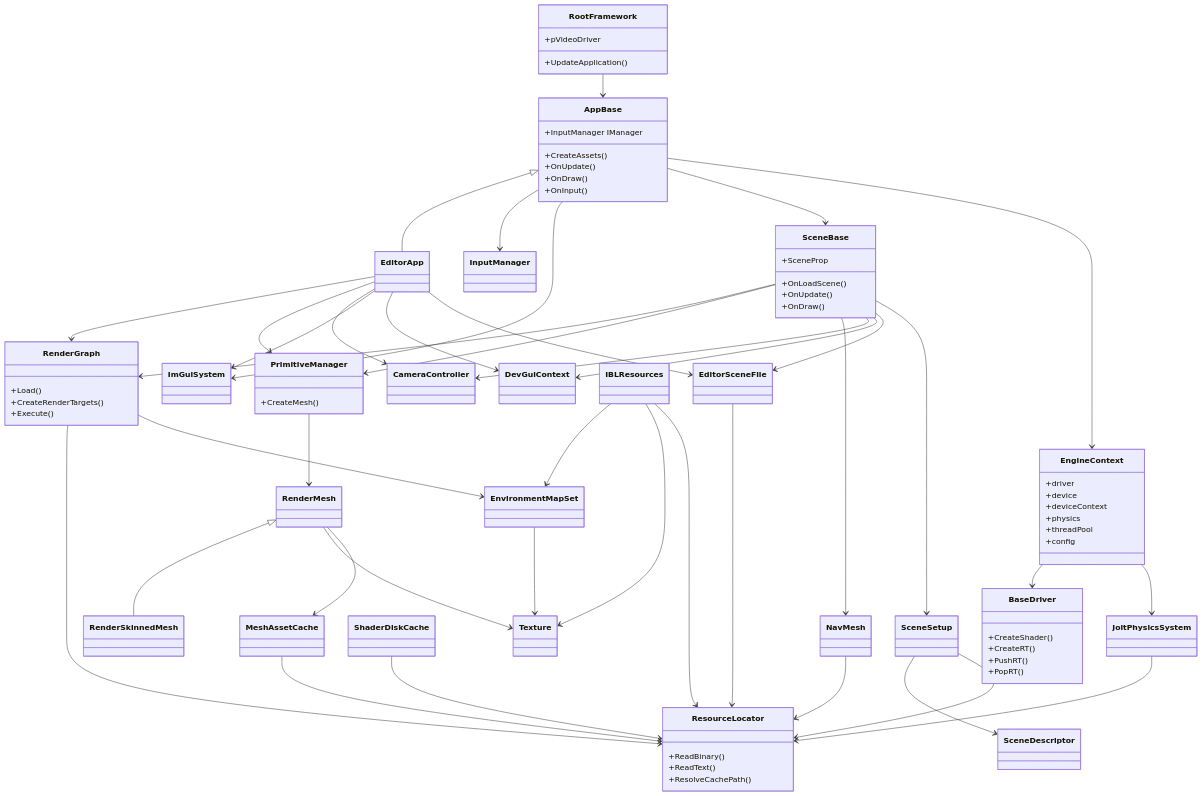
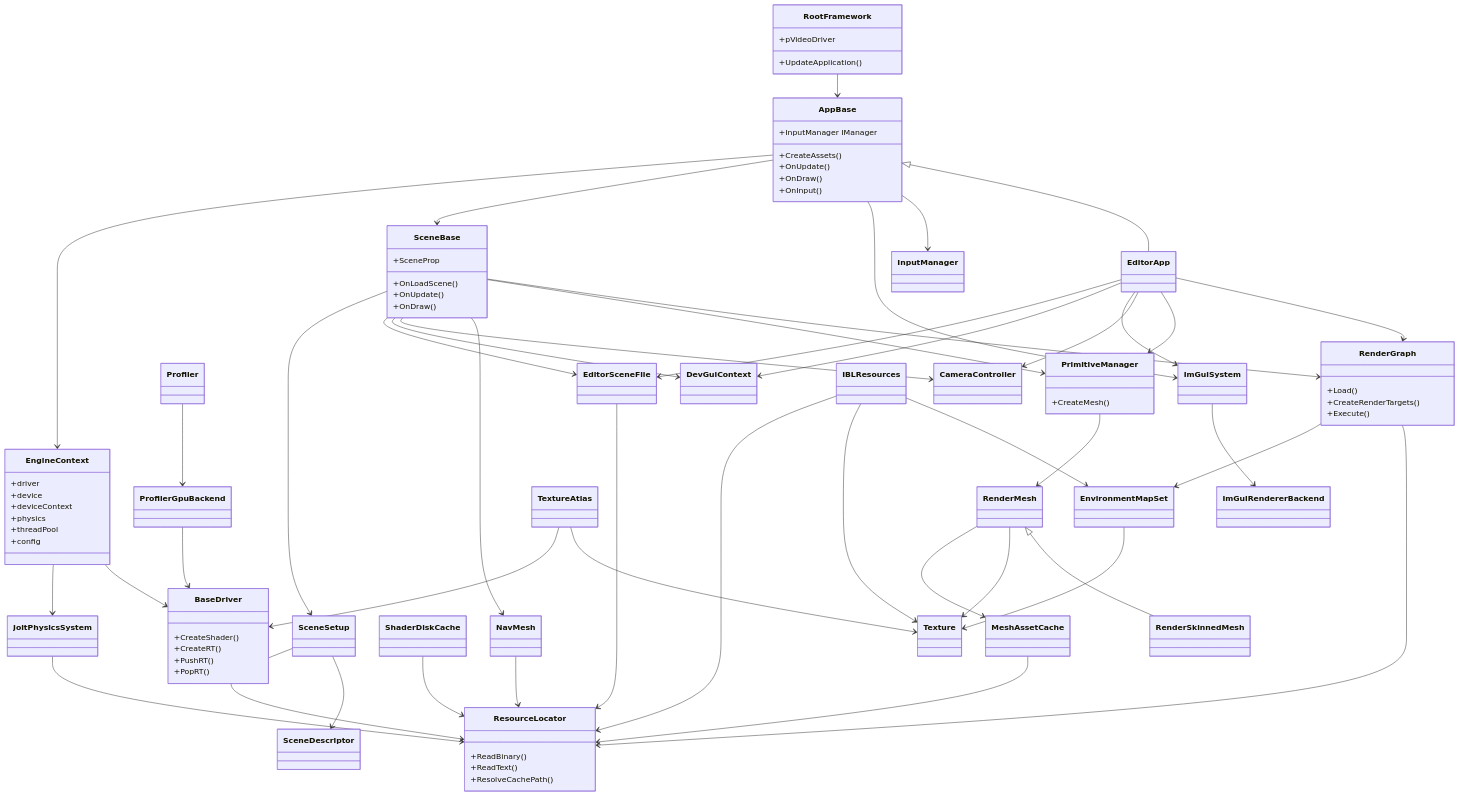
Before and after one commit to 0Camus0/T850: the first of 10 diagrams in documentation/dependency-map.md, drawn with Mermaid. The commit also changed other lines of this file and 15 other files, not shown here.

```diff
--- a/documentation/dependency-map.md
+++ b/documentation/dependency-map.md
@@ -65,6 +65,9 @@
   }
   class InputManager
   class ImGuiSystem
+  class ImGuiRendererBackend
+  class Profiler
+  class ProfilerGpuBackend
   class DevGuiContext
   class CameraController
   class SceneBase {
@@ -99,6 +102,7 @@
   class RenderMesh
   class RenderSkinnedMesh
   class Texture
+  class TextureAtlas
   class IBLResources
   class EnvironmentMapSet
   class ResourceLocator {
@@ -118,6 +122,9 @@
   AppBase <|-- EditorApp
   AppBase --> InputManager
   AppBase --> ImGuiSystem
+  ImGuiSystem --> ImGuiRendererBackend
+  Profiler --> ProfilerGpuBackend
+  ProfilerGpuBackend --> BaseDriver
   AppBase --> SceneBase
   AppBase --> EngineContext
   EngineContext --> BaseDriver
@@ -130,6 +137,8 @@
   PrimitiveManager --> RenderMesh
   RenderMesh <|-- RenderSkinnedMesh
   RenderMesh --> Texture
+  TextureAtlas --> Texture
+  TextureAtlas --> BaseDriver
   RenderMesh --> MeshAssetCache
   RenderGraph --> EnvironmentMapSet
   EnvironmentMapSet --> Texture
```
